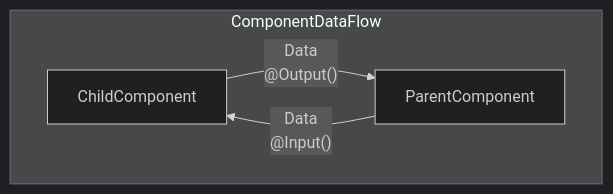
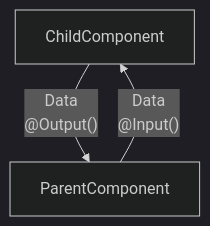
One commit to sergiodsm/typescript-crud changed the sixth of 6 diagrams in README.md. Above: the diagram before and after it, drawn with Mermaid (dark theme). The commit also changed other lines of this file, not shown here.

```diff
--- a/README.md
+++ b/README.md
@@ -202,7 +204,5 @@
 ~~~mermaid
 flowchart TD
-    subgraph ComponentDataFlow
-        odx2[ChildComponent]-- Data<br>@Output() --> odx1
-        odx1[ParentComponent]-- Data<br>@Input() --> odx2
-    end
+    odx2[ChildComponent]-- Data<br>@Output() --> odx1
+    odx1[ParentComponent]-- Data<br>@Input() --> odx2
 ~~~
```
